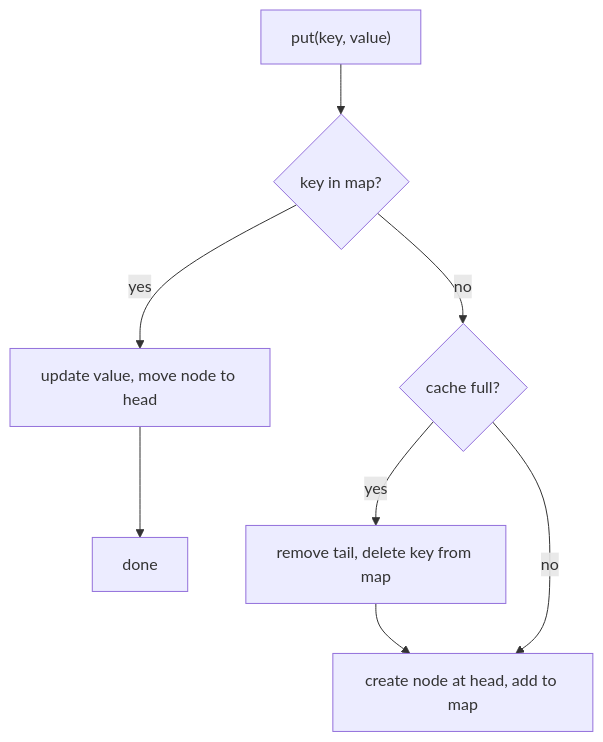
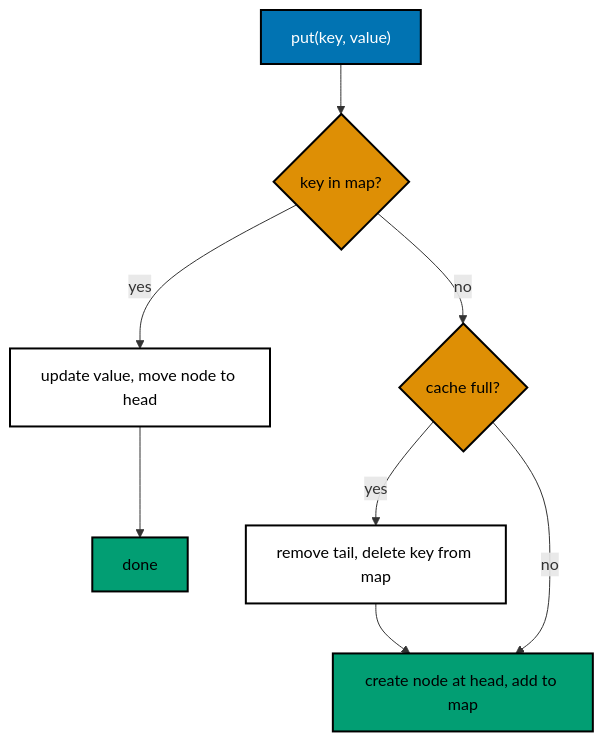
The second of 2 diagrams in drill/system-design-algos/in-python/algo_05_lru_cache.md (wahidyankf/grind-in-public), drawn with Mermaid before and after one commit. The commit also changed other lines of this file and 22 other files, not shown here.

First line of the commit message:
docs: use accessible palette in mermaid diagrams

````diff
--- a/drill/system-design-algos/in-python/algo_05_lru_cache.md
+++ b/drill/system-design-algos/in-python/algo_05_lru_cache.md
@@ -49,14 +56,21 @@
 ```mermaid
 flowchart TD
   accTitle: LRU cache put
   accDescr {
     Shows how put updates an existing key, or evicts the tail when the cache is full before it adds a new node.
   }
   A["put(key, value)"] --> B{"key in map?"}
   B -->|yes| C["update value, move node to head"]
   C --> Z["done"]
   B -->|no| D{"cache full?"}
   D -->|yes| E["remove tail, delete key from map"]
   E --> F["create node at head, add to map"]
   D -->|no| F
+  classDef default fill:#FFFFFF,stroke:#000000,color:#000000,stroke-width:2px
+  classDef blue fill:#0173B2,stroke:#000000,color:#FFFFFF,stroke-width:2px
+  classDef orange fill:#DE8F05,stroke:#000000,color:#000000,stroke-width:2px
+  classDef teal fill:#029E73,stroke:#000000,color:#000000,stroke-width:2px
+  class B,D orange
+  class A blue
+  class Z,F teal
 ```
````
